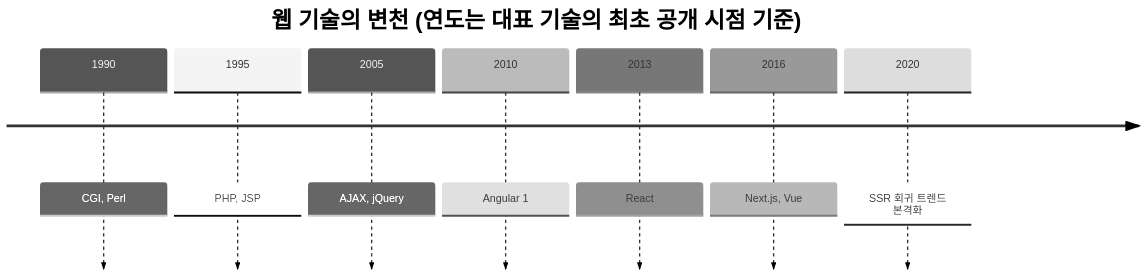
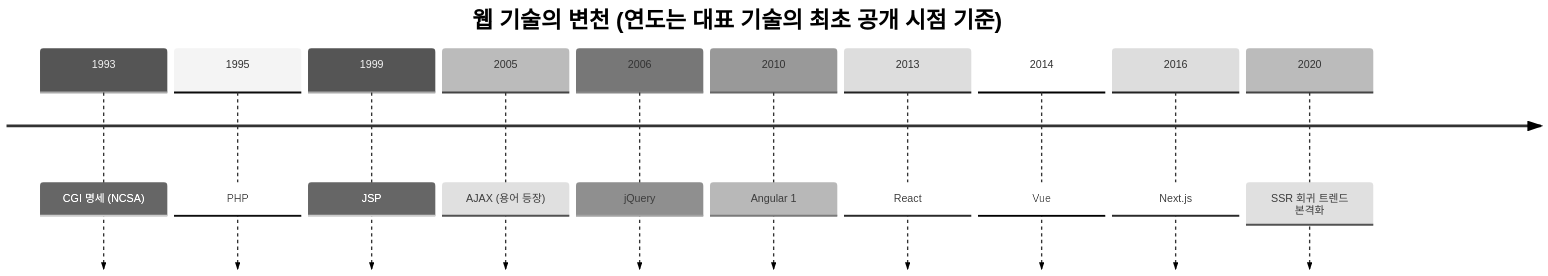
One commit to 42jerrykim/42jerrykim.github.io changed the seventh of 9 diagrams in content/collection/cleanarchitecture/42-web-is-detail-gui-history/index.md. Above: the diagram before and after it, drawn with Mermaid (neutral theme). The commit also changed other lines of this file, not shown here.

First line of the commit message:
fix: 42장 2차 채점 피드백 반영 (연도 검증, 문단 보강, Mermaid 따옴표)

````diff
--- a/content/collection/cleanarchitecture/42-web-is-detail-gui-history/index.md
+++ b/content/collection/cleanarchitecture/42-web-is-detail-gui-history/index.md
@@ -236,11 +236,14 @@
 ```mermaid
 timeline
     title 웹 기술의 변천 (연도는 대표 기술의 최초 공개 시점 기준)
-    1990 : CGI, Perl
-    1995 : PHP, JSP
-    2005 : AJAX, jQuery
+    1993 : CGI 명세 (NCSA)
+    1995 : PHP
+    1999 : JSP
+    2005 : AJAX (용어 등장)
+    2006 : jQuery
     2010 : Angular 1
     2013 : React
-    2016 : Next.js, Vue
+    2014 : Vue
+    2016 : Next.js
     2020 : SSR 회귀 트렌드 본격화
 ```
````
